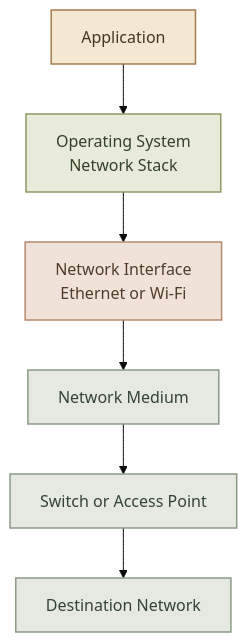
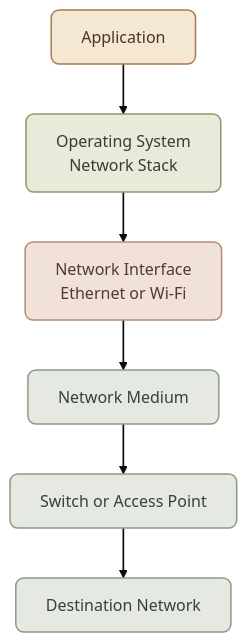
One commit to mustafammasoud/ops-handbook changed the first of 2 diagrams in content/networking/network-interface-card.mdx. Above: the diagram before and after it, drawn with Mermaid (base theme). The commit also changed other lines of this file and 7 other files, not shown here.

````diff
--- a/content/networking/network-interface-card.mdx
+++ b/content/networking/network-interface-card.mdx
@@ -53,18 +75,19 @@
 ```mermaid id="n4k8pz"
 flowchart TD
     A[" Application"] --> B["Operating System<br/>Network Stack"]
     B --> C["Network Interface<br/>Ethernet or Wi-Fi"]
     C --> D[" Network Medium"]
     D --> E["Switch or Access Point"]
     E --> F[" Destination Network"]
 
-    classDef app fill:#F4E8D2,stroke:#A67C52,color:#493524,stroke-width:1.5px
-    classDef os fill:#E8EBD9,stroke:#8C9A68,color:#34412C,stroke-width:1.5px
-    classDef nic fill:#F0E2D8,stroke:#B58A70,color:#523B2D,stroke-width:1.5px
-    classDef network fill:#E5E9E1,stroke:#8B9A86,color:#344238,stroke-width:1.5px
+    classDef app fill:#F4E8D2,stroke:#A67C52,color:#493524,stroke-width:1.5px,rx:8,ry:8
+    classDef os fill:#E8EBD9,stroke:#8C9A68,color:#34412C,stroke-width:1.5px,rx:8,ry:8
+    classDef nic fill:#F0E2D8,stroke:#B58A70,color:#523B2D,stroke-width:1.5px,rx:8,ry:8
+    classDef network fill:#E5E9E1,stroke:#8B9A86,color:#344238,stroke-width:1.5px,rx:8,ry:8
 
     class A app
     class B os
     class C nic
     class D,E,F network
+    linkStyle default stroke-width:1.7px
 ```
````
